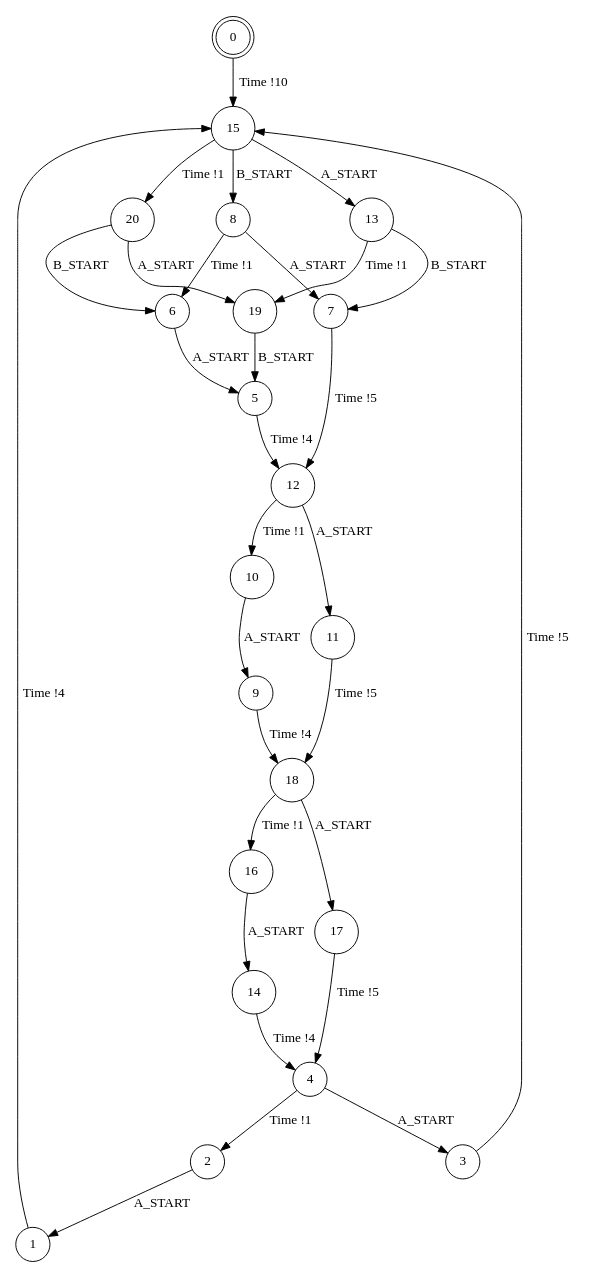
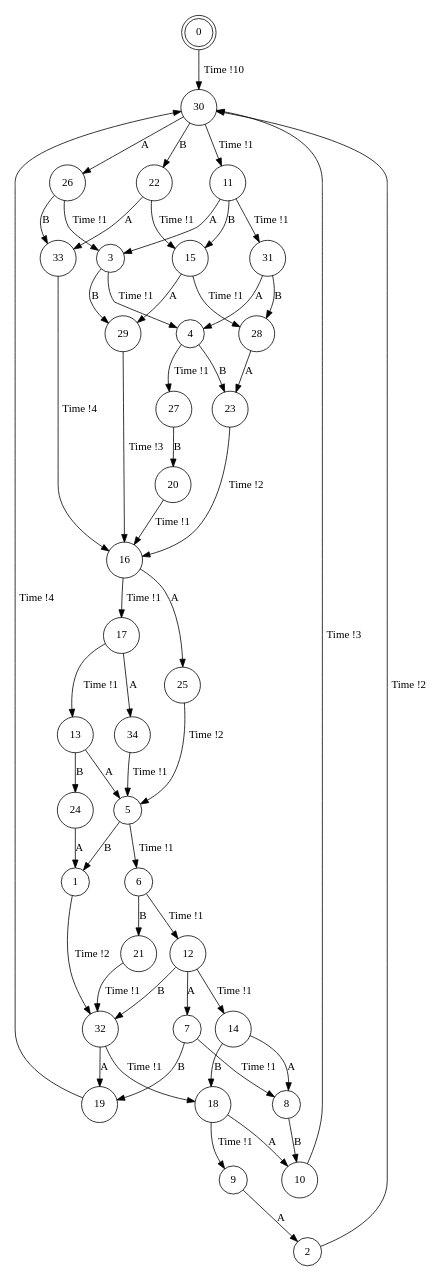
Before and after one commit to irmanfaqrizal/ptsv: the diagram in experiments/simple-min.dot, drawn with Graphviz. The commit also changed 146 other files, not shown here.

```diff
--- a/experiments/simple-min.dot
+++ b/experiments/simple-min.dot
@@ -1,35 +1,62 @@
 digraph BCG {
 size = "7, 10.5";
 center = TRUE;
 node [shape = circle];
 0 [peripheries = 2];
-0 -> 15 [label = "Time !10"];
-1 -> 15 [label = "Time !4"];
-2 -> 1 [label = "A_START"];
-3 -> 15 [label = "Time !5"];
-4 -> 2 [label = "Time !1"];
-4 -> 3 [label = "A_START"];
-5 -> 12 [label = "Time !4"];
-6 -> 5 [label = "A_START"];
-7 -> 12 [label = "Time !5"];
-8 -> 6 [label = "Time !1"];
-8 -> 7 [label = "A_START"];
-9 -> 18 [label = "Time !4"];
-10 -> 9 [label = "A_START"];
-11 -> 18 [label = "Time !5"];
-12 -> 10 [label = "Time !1"];
-12 -> 11 [label = "A_START"];
-13 -> 19 [label = "Time !1"];
-13 -> 7 [label = "B_START"];
-14 -> 4 [label = "Time !4"];
-15 -> 13 [label = "A_START"];
-15 -> 20 [label = "Time !1"];
-15 -> 8 [label = "B_START"];
-16 -> 14 [label = "A_START"];
-17 -> 4 [label = "Time !5"];
-18 -> 16 [label = "Time !1"];
-18 -> 17 [label = "A_START"];
-19 -> 5 [label = "B_START"];
-20 -> 19 [label = "A_START"];
-20 -> 6 [label = "B_START"];
+0 -> 30 [label = "Time !10"];
+1 -> 32 [label = "Time !2"];
+2 -> 30 [label = "Time !2"];
+3 -> 29 [label = "B"];
+3 -> 4 [label = "Time !1"];
+4 -> 27 [label = "Time !1"];
+4 -> 23 [label = "B"];
+5 -> 1 [label = "B"];
+5 -> 6 [label = "Time !1"];
+6 -> 12 [label = "Time !1"];
+6 -> 21 [label = "B"];
+7 -> 8 [label = "Time !1"];
+7 -> 19 [label = "B"];
+8 -> 10 [label = "B"];
+9 -> 2 [label = "A"];
+10 -> 30 [label = "Time !3"];
+11 -> 31 [label = "Time !1"];
+11 -> 3 [label = "A"];
+11 -> 15 [label = "B"];
+12 -> 32 [label = "B"];
+12 -> 7 [label = "A"];
+12 -> 14 [label = "Time !1"];
+13 -> 5 [label = "A"];
+13 -> 24 [label = "B"];
+14 -> 8 [label = "A"];
+14 -> 18 [label = "B"];
+15 -> 28 [label = "Time !1"];
+15 -> 29 [label = "A"];
+16 -> 25 [label = "A"];
+16 -> 17 [label = "Time !1"];
+17 -> 34 [label = "A"];
+17 -> 13 [label = "Time !1"];
+18 -> 9 [label = "Time !1"];
+18 -> 10 [label = "A"];
+19 -> 30 [label = "Time !4"];
+20 -> 16 [label = "Time !1"];
+21 -> 32 [label = "Time !1"];
+22 -> 33 [label = "A"];
+22 -> 15 [label = "Time !1"];
+23 -> 16 [label = "Time !2"];
+24 -> 1 [label = "A"];
+25 -> 5 [label = "Time !2"];
+26 -> 33 [label = "B"];
+26 -> 3 [label = "Time !1"];
+27 -> 20 [label = "B"];
+28 -> 23 [label = "A"];
+29 -> 16 [label = "Time !3"];
+30 -> 26 [label = "A"];
+30 -> 11 [label = "Time !1"];
+30 -> 22 [label = "B"];
+31 -> 28 [label = "B"];
+31 -> 4 [label = "A"];
+32 -> 18 [label = "Time !1"];
+32 -> 19 [label = "A"];
+33 -> 16 [label = "Time !4"];
+34 -> 5 [label = "Time !1"];
 }
```
